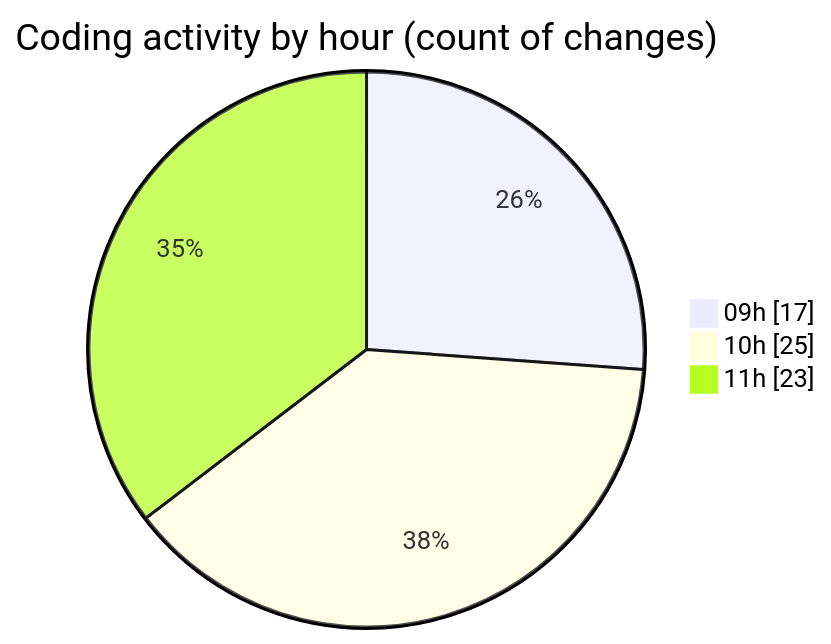
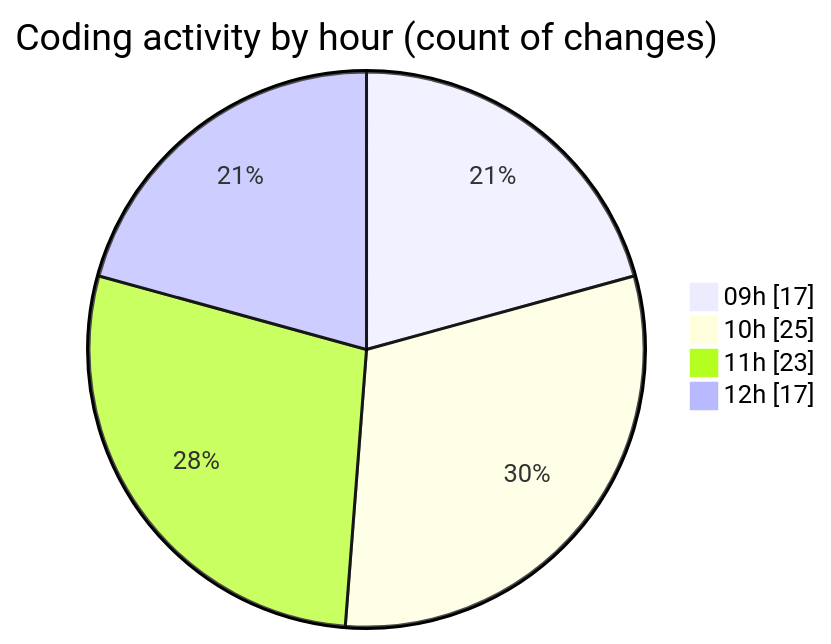
The second of 2 diagrams in 2026-08-04/cda/README.md (momahboobian/code-tracking), drawn with Mermaid before and after one commit. The commit also changed other lines of this file and 1 other file, not shown here.

````diff
--- a/2026-08-04/cda/README.md
+++ b/2026-08-04/cda/README.md
@@ -56,7 +56,8 @@
 ```mermaid
 pie showData
 title Coding activity by hour (count of changes)
 "09h" : 17
 "10h" : 25
 "11h" : 23
+"12h" : 17
 ```
````
